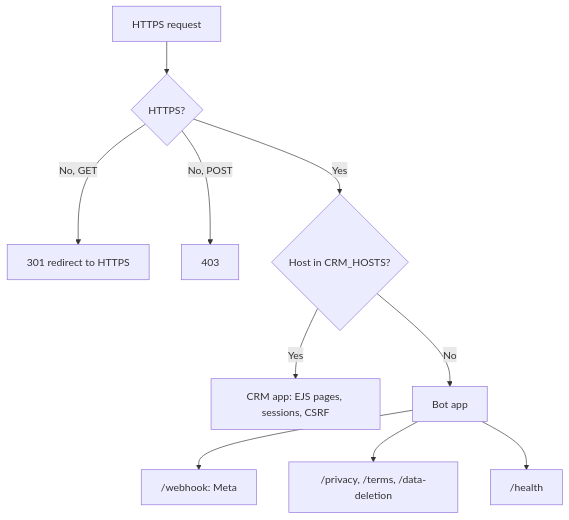
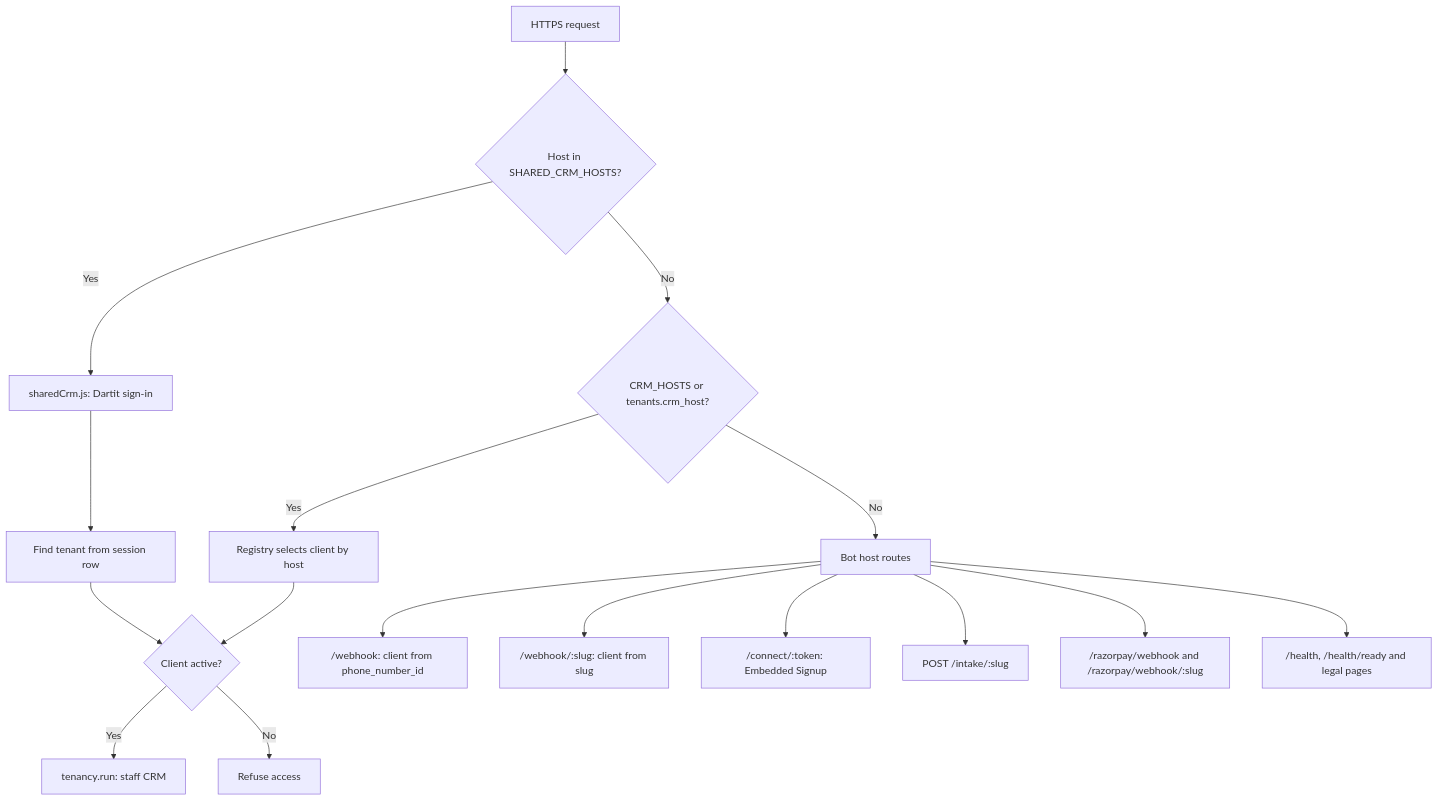
Before and after one commit to kaamilstudiesig/GKF-WA: the third of 15 diagrams in docs/SYSTEM_MAP.md, drawn with Mermaid. The commit also changed other lines of this file, not shown here.

````diff
--- a/docs/SYSTEM_MAP.md
+++ b/docs/SYSTEM_MAP.md
@@ -71,12 +60,19 @@
 ```mermaid
 flowchart TD
-  R["HTTPS request"] --> H{"HTTPS?"}
-  H -- "No, GET" --> RD["301 redirect to HTTPS"]
-  H -- "No, POST" --> X["403"]
-  H -- "Yes" --> C{"Host in CRM_HOSTS?"}
-  C -- "Yes" --> CRM["CRM app: EJS pages, sessions, CSRF"]
-  C -- "No" --> BOT["Bot app"]
-  BOT --> W["/webhook: Meta"]
-  BOT --> L["/privacy, /terms, /data-deletion"]
-  BOT --> HE["/health"]
+  REQ["HTTPS request"] --> SH{"Host in SHARED_CRM_HOSTS?"}
+  SH -- "Yes" --> SHARED["sharedCrm.js: Dartit sign-in"]
+  SHARED --> SESSION["Find tenant from session row"]
+  SESSION --> ACTIVE{"Client active?"}
+  SH -- "No" --> CH{"CRM_HOSTS or tenants.crm_host?"}
+  CH -- "Yes" --> HOST["Registry selects client by host"]
+  HOST --> ACTIVE
+  ACTIVE -- "Yes" --> RUN["tenancy.run: staff CRM"]
+  ACTIVE -- "No" --> DENY["Refuse access"]
+  CH -- "No" --> BOT["Bot host routes"]
+  BOT --> WH["/webhook: client from phone_number_id"]
+  BOT --> SLUG["/webhook/:slug: client from slug"]
+  BOT --> CONNECT["/connect/:token: Embedded Signup"]
+  BOT --> INTAKE["POST /intake/:slug"]
+  BOT --> PAY["/razorpay/webhook and /razorpay/webhook/:slug"]
+  BOT --> PUBLIC["/health, /health/ready and legal pages"]
 ```
````
